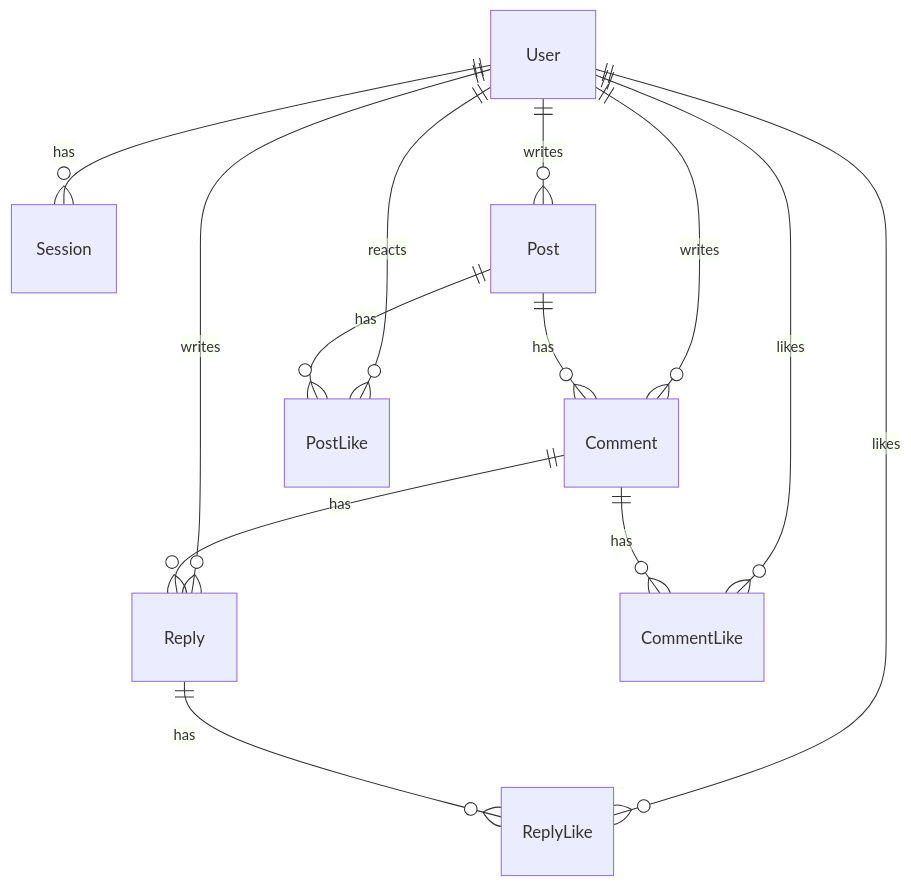
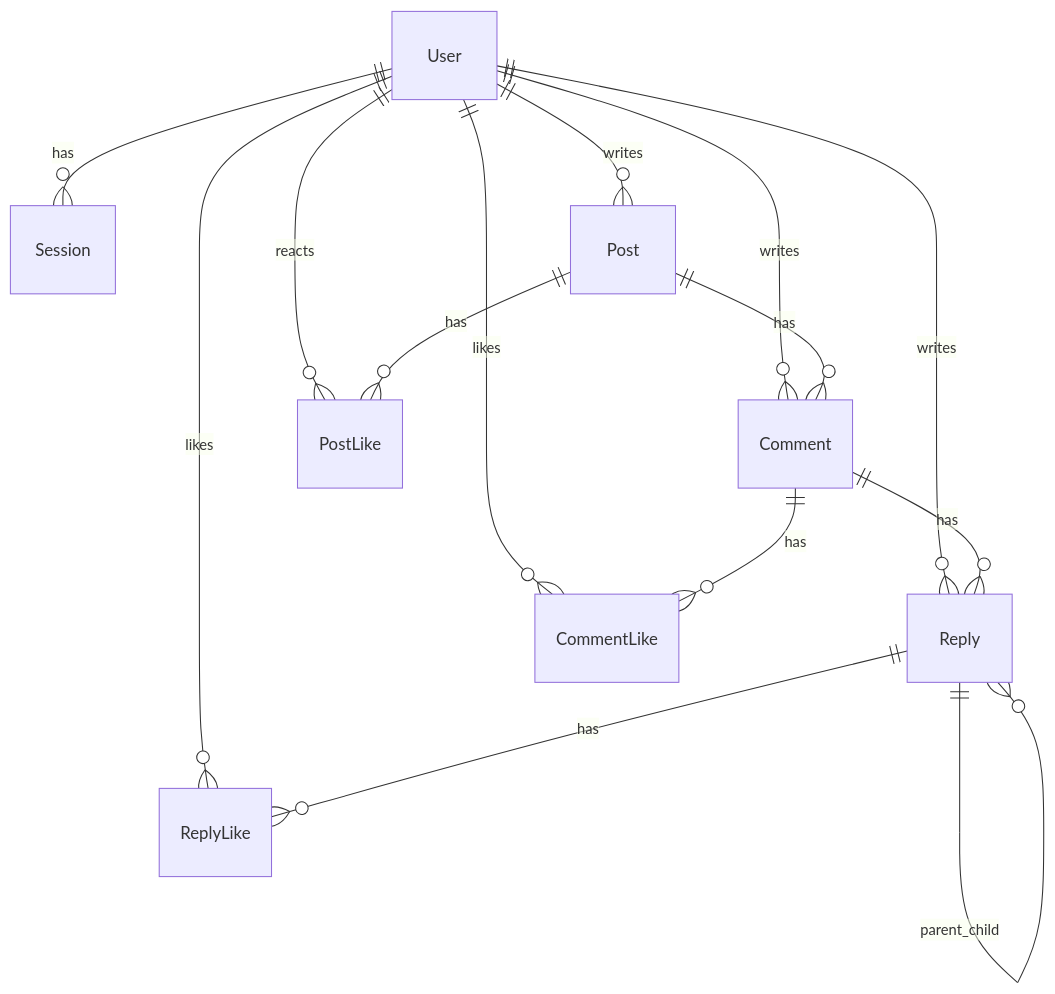
The first of 4 diagrams in SYSTEM_DESIGN_NOTES.md (Msajib/buddy-script), drawn with Mermaid before and after one commit. The commit also changed other lines of this file and 6 other files, not shown here.

````diff
--- a/SYSTEM_DESIGN_NOTES.md
+++ b/SYSTEM_DESIGN_NOTES.md
@@ -44,16 +138,19 @@
 ```mermaid
 erDiagram
   User ||--o{ Session : has
   User ||--o{ Post : writes
   User ||--o{ Comment : writes
   User ||--o{ Reply : writes
   User ||--o{ PostLike : reacts
   User ||--o{ CommentLike : likes
   User ||--o{ ReplyLike : likes
 
   Post ||--o{ Comment : has
   Post ||--o{ PostLike : has
+
   Comment ||--o{ Reply : has
   Comment ||--o{ CommentLike : has
+
+  Reply ||--o{ Reply : parent_child
   Reply ||--o{ ReplyLike : has
 ```
````
